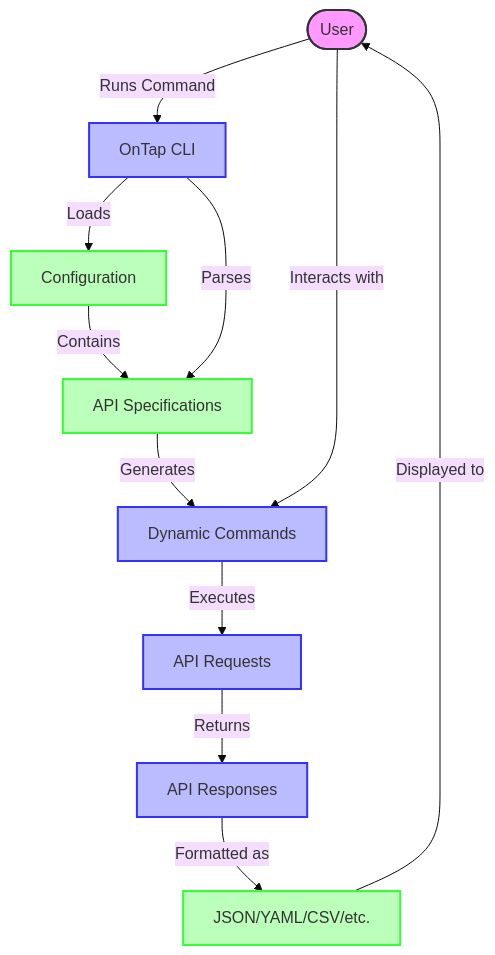
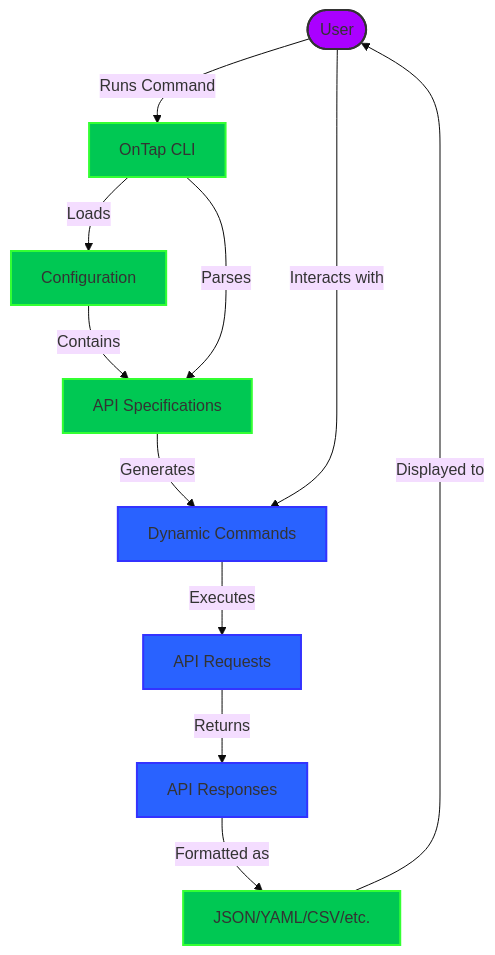
The first of 5 diagrams in README.md (FynxLabs/ontap), drawn with Mermaid (base theme) before and after one commit.

Commit message:
clean up colors in diagram

````diff
--- a/README.md
+++ b/README.md
@@ -231,21 +231,28 @@
 ```mermaid
 flowchart TD
-    User([User]) -->|Runs Command| CLI[OnTap CLI]
-    CLI -->|Loads| Config[Configuration]
-    Config -->|Contains| APISpecs[API Specifications]
-    CLI -->|Parses| APISpecs
-    APISpecs -->|Generates| Commands[Dynamic Commands]
-    User -->|Interacts with| Commands
-    Commands -->|Executes| Requests[API Requests]
-    Requests -->|Returns| Responses[API Responses]
-    Responses -->|Formatted as| Output[JSON/YAML/CSV/etc.]
-    Output -->|Displayed to| User
+    User(["User"]) -- Runs Command --> CLI["OnTap CLI"]
+    CLI -- Loads --> Config["Configuration"]
+    Config -- Contains --> APISpecs["API Specifications"]
+    CLI -- Parses --> APISpecs
+    APISpecs -- Generates --> Commands["Dynamic Commands"]
+    User -- Interacts with --> Commands
+    Commands -- Executes --> Requests["API Requests"]
+    Requests -- Returns --> Responses["API Responses"]
+    Responses -- Formatted as --> Output["JSON/YAML/CSV/etc."]
+    Output -- Displayed to --> User
 
-    classDef user fill:#f9f,stroke:#333,stroke-width:2px;
-    classDef core fill:#bbf,stroke:#33f,stroke-width:2px;
-    classDef data fill:#bfb,stroke:#3f3,stroke-width:2px;
+     User:::user
+     CLI:::data
+     Config:::data
+     APISpecs:::data
+     Commands:::core
+     Requests:::core
+     Responses:::core
+     Output:::data
+    classDef data fill:#00C853, stroke:#3f3, stroke-width:2px
+    classDef user fill:#AA00FF, stroke:#333, stroke-width:2px
+    classDef core fill:#2962FF, stroke:#33f, stroke-width:2px
 
-    class User user;
-    class CLI,Commands,Requests,Responses core;
-    class Config,APISpecs,Output data;
+
+
 ```
````
